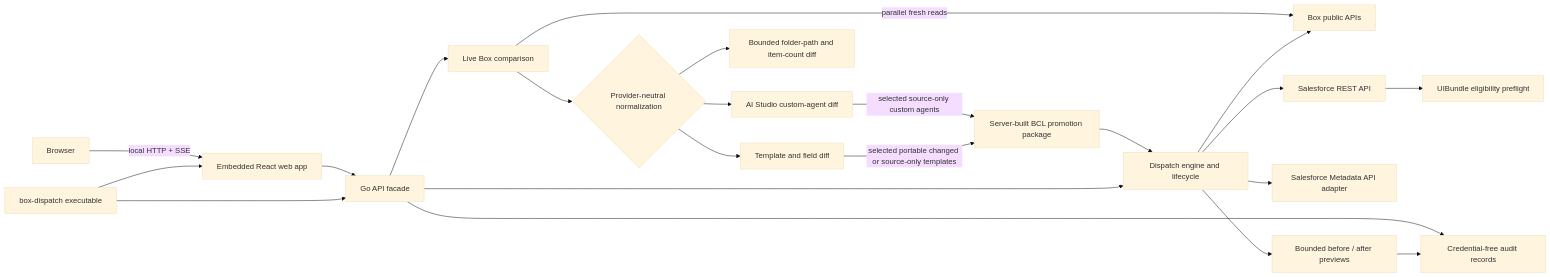
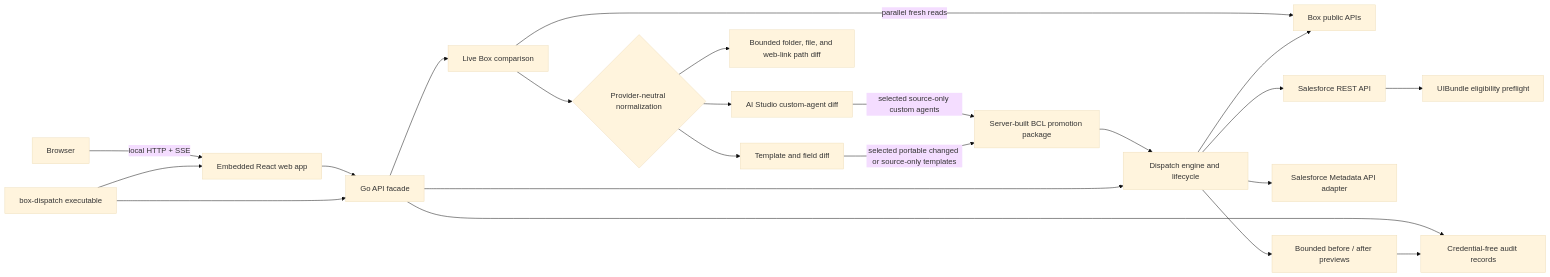
The first of 2 diagrams in docs/WEB_APP_ARCHITECTURE.md (unofficialbox/box-dispatch), drawn with Mermaid (base theme) before and after one commit. The commit also changed other lines of this file and 19 other files, not shown here.

````diff
--- a/docs/WEB_APP_ARCHITECTURE.md
+++ b/docs/WEB_APP_ARCHITECTURE.md
@@ -10,24 +10,24 @@
 ```mermaid
 flowchart LR
     Executable["box-dispatch executable"] --> UI["Embedded React web app"]
     Executable --> API["Go API facade"]
     Browser["Browser"] -->|"local HTTP + SSE"| UI
     UI --> API
     API --> Engine["Dispatch engine and lifecycle"]
     API --> LiveCompare["Live Box comparison"]
     Engine --> Box["Box public APIs"]
     LiveCompare -->|"parallel fresh reads"| Box
     LiveCompare --> Normalize{"Provider-neutral normalization"}
     Normalize --> MetadataDiff["Template and field diff"]
-    Normalize --> FolderDiff["Bounded folder-path and item-count diff"]
+    Normalize --> FolderDiff["Bounded folder, file, and web-link path diff"]
     Normalize --> AIAgentDiff["AI Studio custom-agent diff"]
     MetadataDiff -->|"selected portable changed or source-only templates"| Promotion["Server-built BCL promotion package"]
     AIAgentDiff -->|"selected source-only custom agents"| Promotion
     Promotion --> Engine
     Engine --> SalesforceREST["Salesforce REST API"]
     SalesforceREST --> SalesforceEligibility["UIBundle eligibility preflight"]
     Engine --> SalesforceMetadata["Salesforce Metadata API adapter"]
     Engine --> ChangeSnapshot["Bounded before / after previews"]
     ChangeSnapshot --> Audit["Credential-free audit records"]
     API --> Audit
 ```
````
